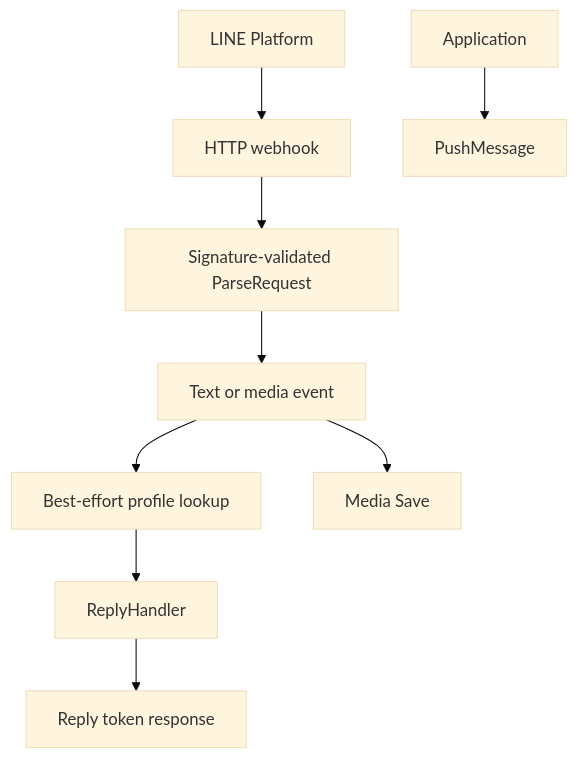
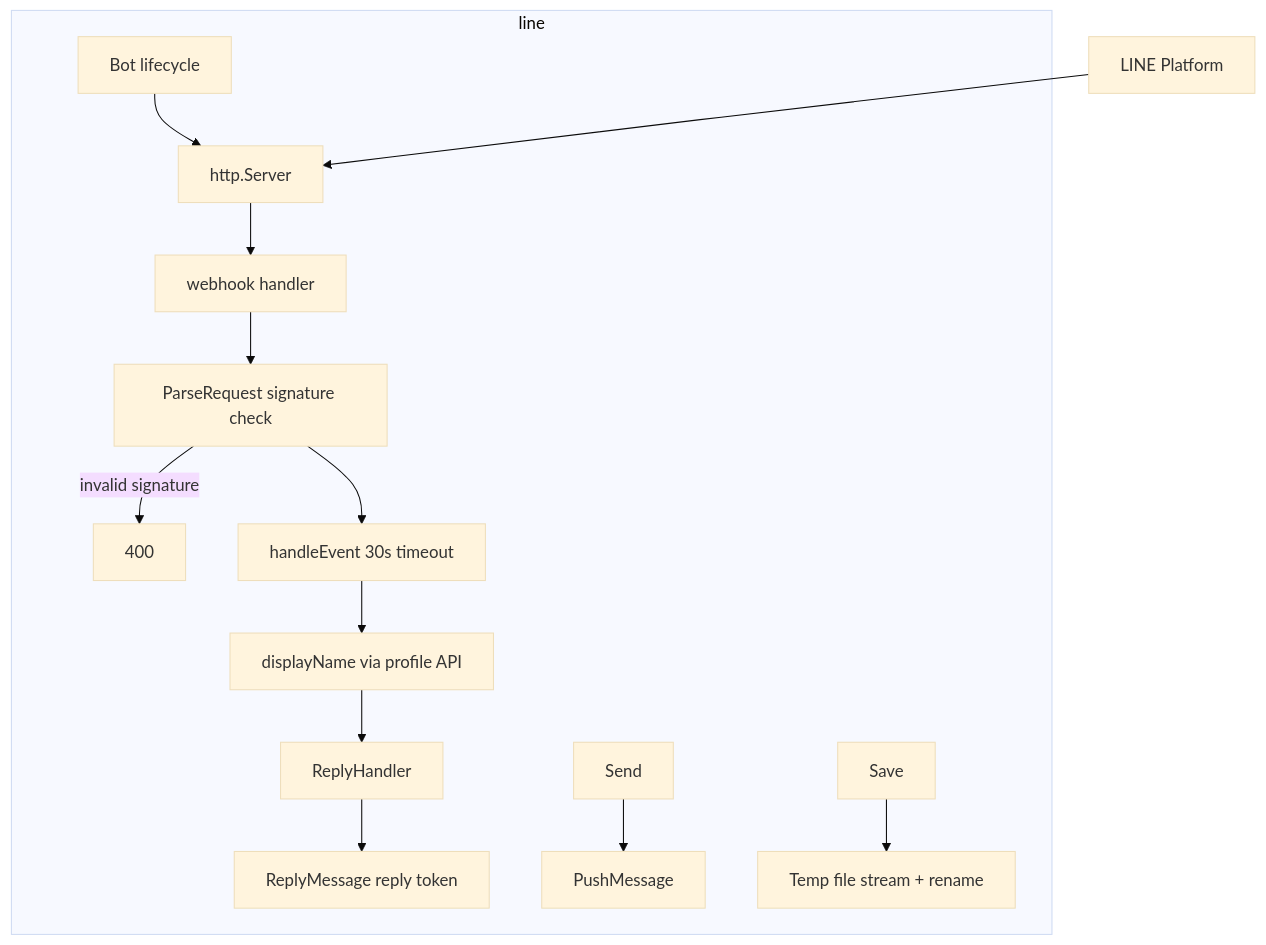
Before and after one commit to pardnchiu/go-bot: the fourth of 7 diagrams in doc/architecture.md, drawn with Mermaid (base theme). The commit also changed other lines of this file and 5 other files, not shown here.

````diff
--- a/doc/architecture.md
+++ b/doc/architecture.md
@@ -58,11 +74,16 @@
 ```mermaid
 graph TB
-    LINE[LINE Platform] --> Webhook[HTTP webhook]
-    Webhook --> Parse[Signature-validated ParseRequest]
-    Parse --> Event[Text or media event]
-    Event --> Profile[Best-effort profile lookup]
-    Profile --> Handler[ReplyHandler]
-    Handler --> Reply[Reply token response]
-    App[Application] --> Push[PushMessage]
-    Event --> Save[Media Save]
+    subgraph line
+        Bot[Bot lifecycle] --> Server[http.Server]
+        Server --> Webhook[webhook handler]
+        Webhook --> Parse[ParseRequest signature check]
+        Parse -->|invalid signature| R400[400]
+        Parse --> Event[handleEvent 30s timeout]
+        Event --> Profile[displayName via profile API]
+        Profile --> Handler[ReplyHandler]
+        Handler --> Reply[ReplyMessage reply token]
+        Send[Send] --> Push[PushMessage]
+        Save[Save] --> Disk[Temp file stream + rename]
+    end
+    LINE[LINE Platform] --> Server
 ```
````
